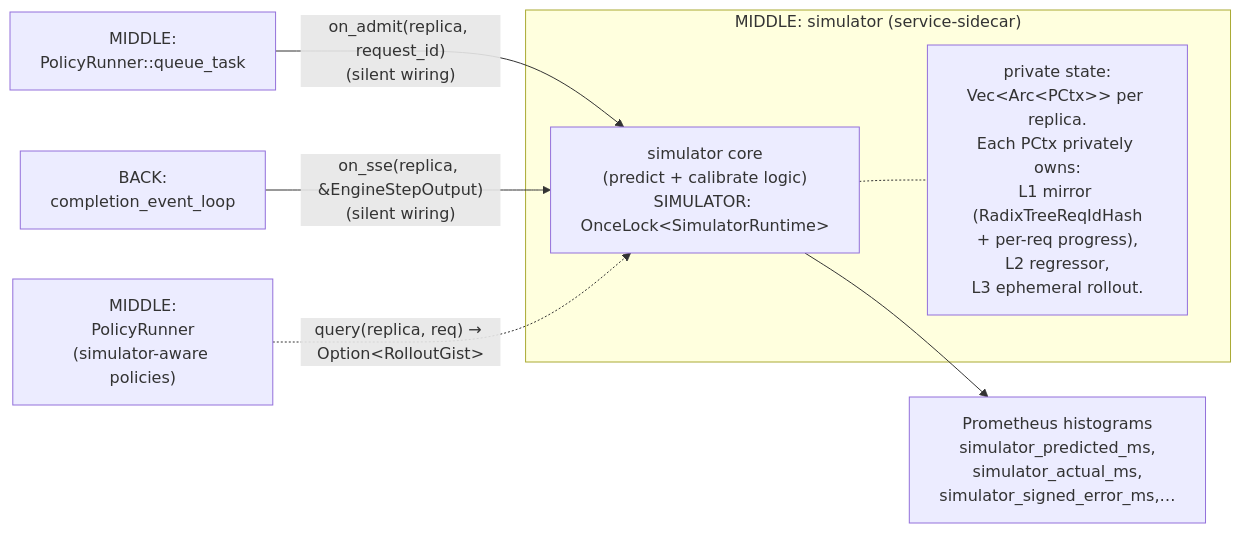
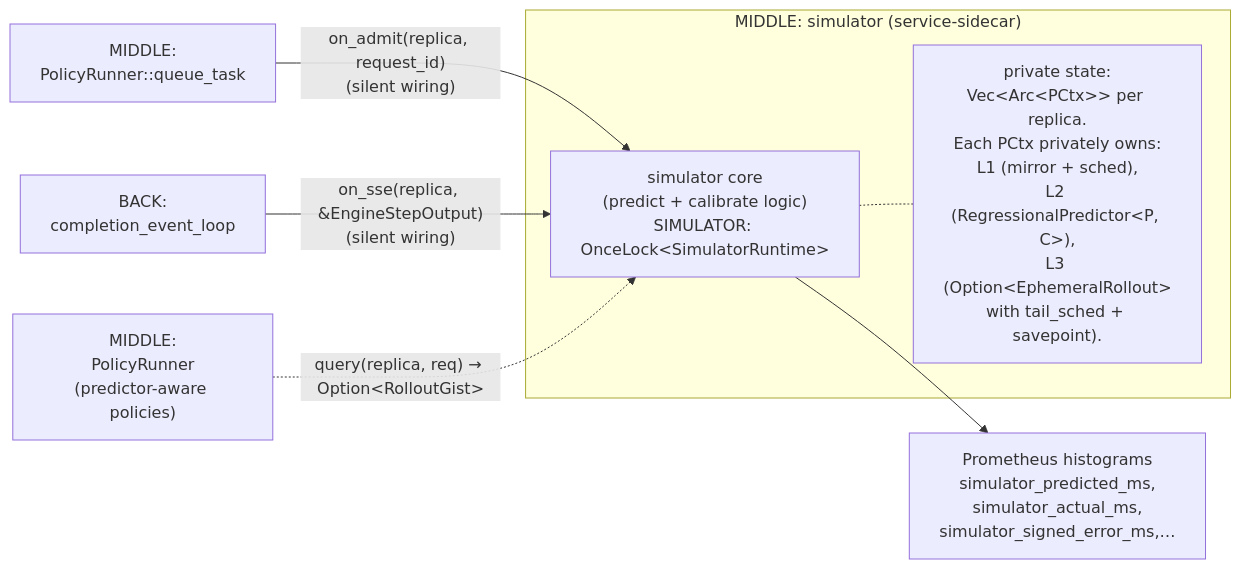
Before and after one commit to blitz-serving/blitz-router: the diagram in docs/architecture/latency-simulator.md, drawn with Mermaid. The commit also changed other lines of this file and 6 other files, not shown here.

````diff
--- a/docs/architecture/latency-simulator.md
+++ b/docs/architecture/latency-simulator.md
@@ -13,12 +24,12 @@
 ```mermaid
 graph LR
     Pol["MIDDLE:<br/>PolicyRunner::queue_task"] -- "on_admit(replica, request_id)<br/>(silent wiring)" --> Sim
     SSE["BACK:<br/>completion_event_loop"] -- "on_sse(replica, &EngineStepOutput)<br/>(silent wiring)" --> Sim
     subgraph SimSG["MIDDLE: simulator (service-sidecar)"]
         Sim["simulator core<br/>(predict + calibrate logic)<br/>SIMULATOR: OnceLock&lt;SimulatorRuntime&gt;"]
-        State["private state:<br/>Vec&lt;Arc&lt;PCtx&gt;&gt; per replica.<br/>Each PCtx privately owns:<br/>L1 mirror (RadixTreeReqIdHash<br/>+ per-req progress),<br/>L2 regressor,<br/>L3 ephemeral rollout."]
+        State["private state:<br/>Vec&lt;Arc&lt;PCtx&gt;&gt; per replica.<br/>Each PCtx privately owns:<br/>L1 (mirror + sched),<br/>L2 (RegressionalPredictor&lt;P, C&gt;),<br/>L3 (Option&lt;EphemeralRollout&gt;<br/>with tail_sched + savepoint)."]
         Sim -.- State
     end
-    POL["MIDDLE:<br/>PolicyRunner<br/>(simulator-aware policies)"] -. "query(replica, req) → Option&lt;RolloutGist&gt;" .-> Sim
+    POL["MIDDLE:<br/>PolicyRunner<br/>(predictor-aware policies)"] -. "query(replica, req) → Option&lt;RolloutGist&gt;" .-> Sim
     Sim --> Hist["Prometheus histograms<br/>simulator_predicted_ms,<br/>simulator_actual_ms,<br/>simulator_signed_error_ms,…"]
 ```
````
